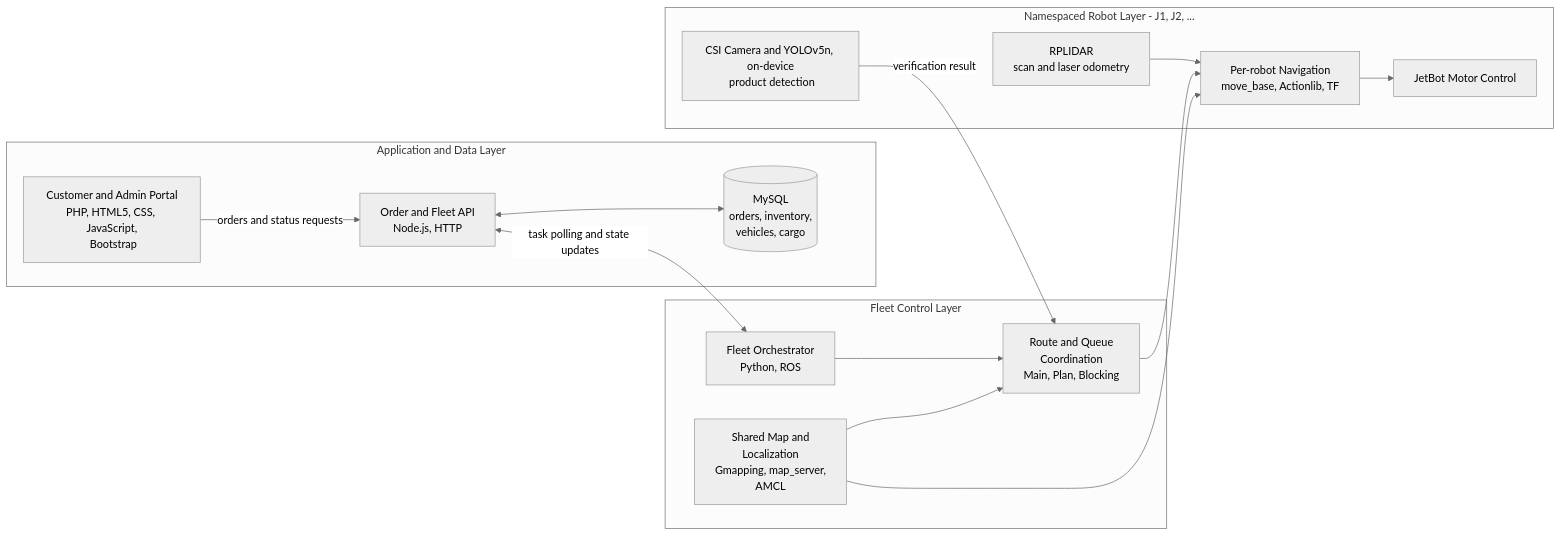
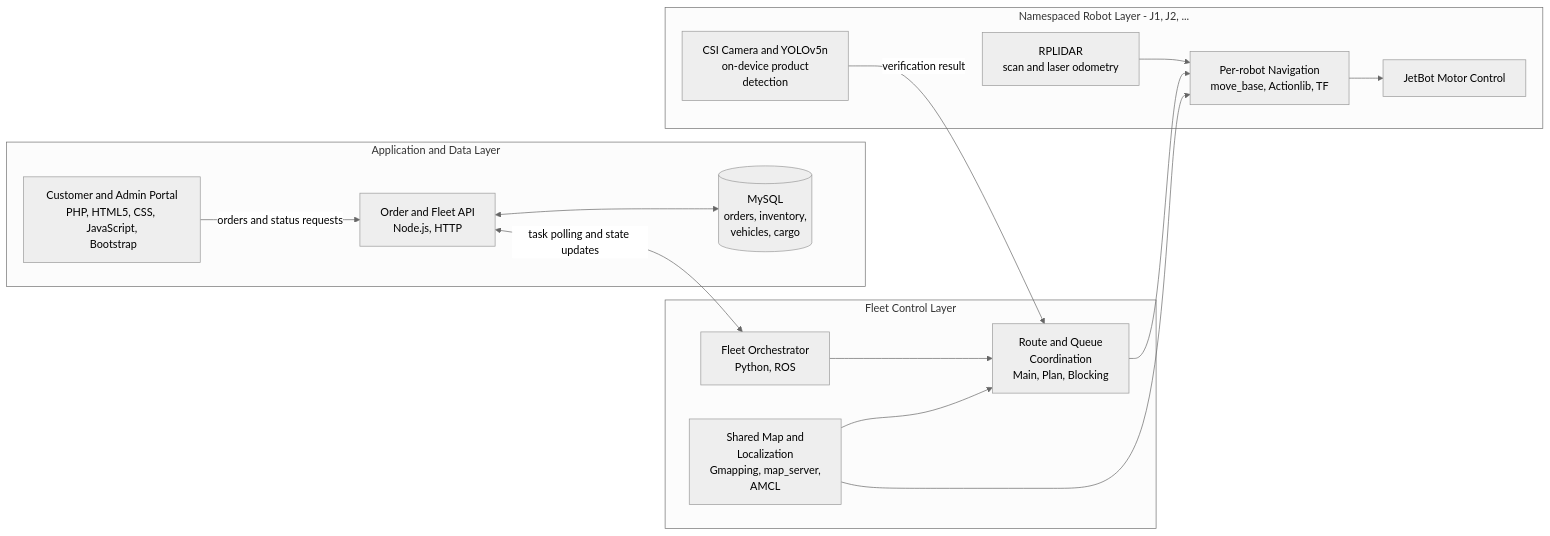
One commit to AlenChen0216/AIOT_Project changed the diagram in README.md. Above: the diagram before and after it, drawn with Mermaid (neutral theme).

Commit message:
fix the graph

````diff
--- a/README.md
+++ b/README.md
@@ -11,32 +11,32 @@
 ```mermaid
 flowchart LR
     subgraph APP["Application and Data Layer"]
         WEB["Customer and Admin Portal<br/>PHP, HTML5, CSS, JavaScript,<br/> Bootstrap"]
         API["Order and Fleet API<br/>Node.js, HTTP"]
         DB[("MySQL<br/>orders, inventory,<br/> vehicles, cargo")]
         WEB -->|orders and status requests| API
         API <--> DB
     end
 
     subgraph CONTROL["Fleet Control Layer"]
         ORCH["Fleet Orchestrator<br/>Python, ROS"]
         PLAN["Route and Queue <br/> Coordination <br/> Main, Plan, Blocking"]
         MAP["Shared Map and <br/> Localization<br/>Gmapping, map_server,<br/> AMCL"]
         ORCH --> PLAN
         MAP --> PLAN
     end
 
     subgraph ROBOTS["Namespaced Robot Layer - J1, J2, ..."]
         NAV["Per-robot Navigation<br/>move_base, Actionlib, TF"]
         LIDAR["RPLIDAR<br/>scan and laser odometry"]
-        VISION["CSI Camera and YOLOv5n, on-device<br/> product detection"]
+        VISION["CSI Camera and YOLOv5n<br/> on-device product<br/>detection"]
         DRIVE["JetBot Motor Control"]
         LIDAR --> NAV
         PLAN --> NAV
         NAV --> DRIVE
         VISION -->|verification result| PLAN
     end
 
     API <-->|task polling and state updates| ORCH
     MAP --> NAV
 ```
````
